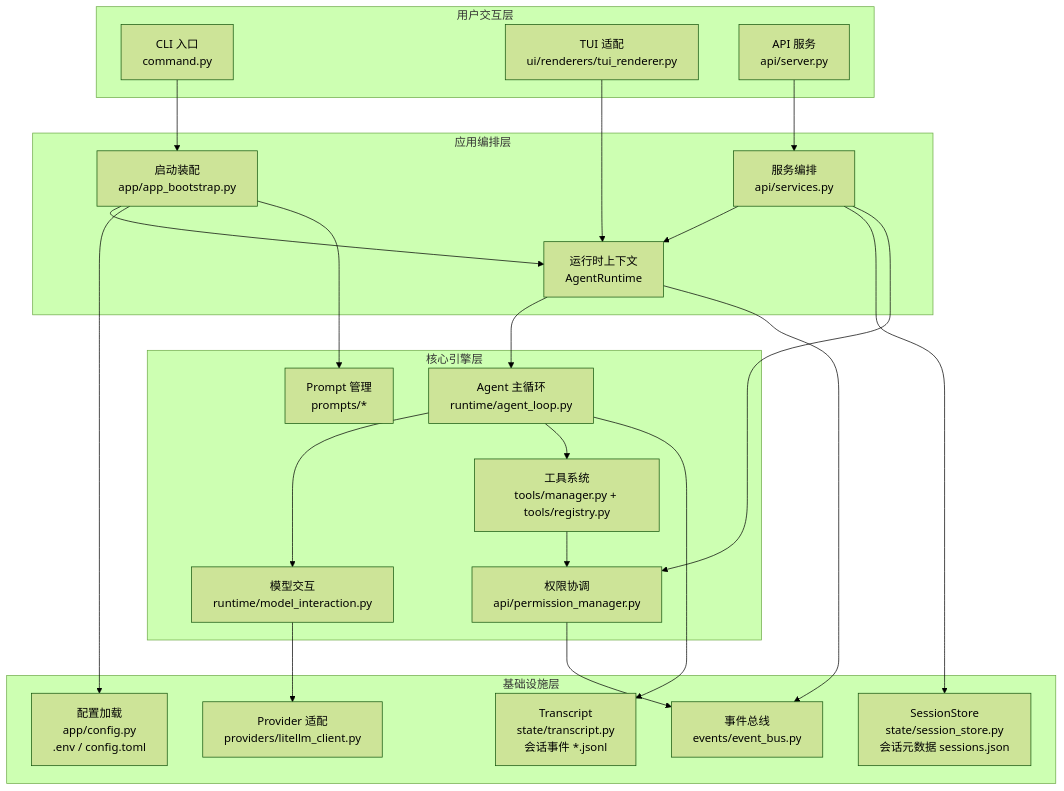
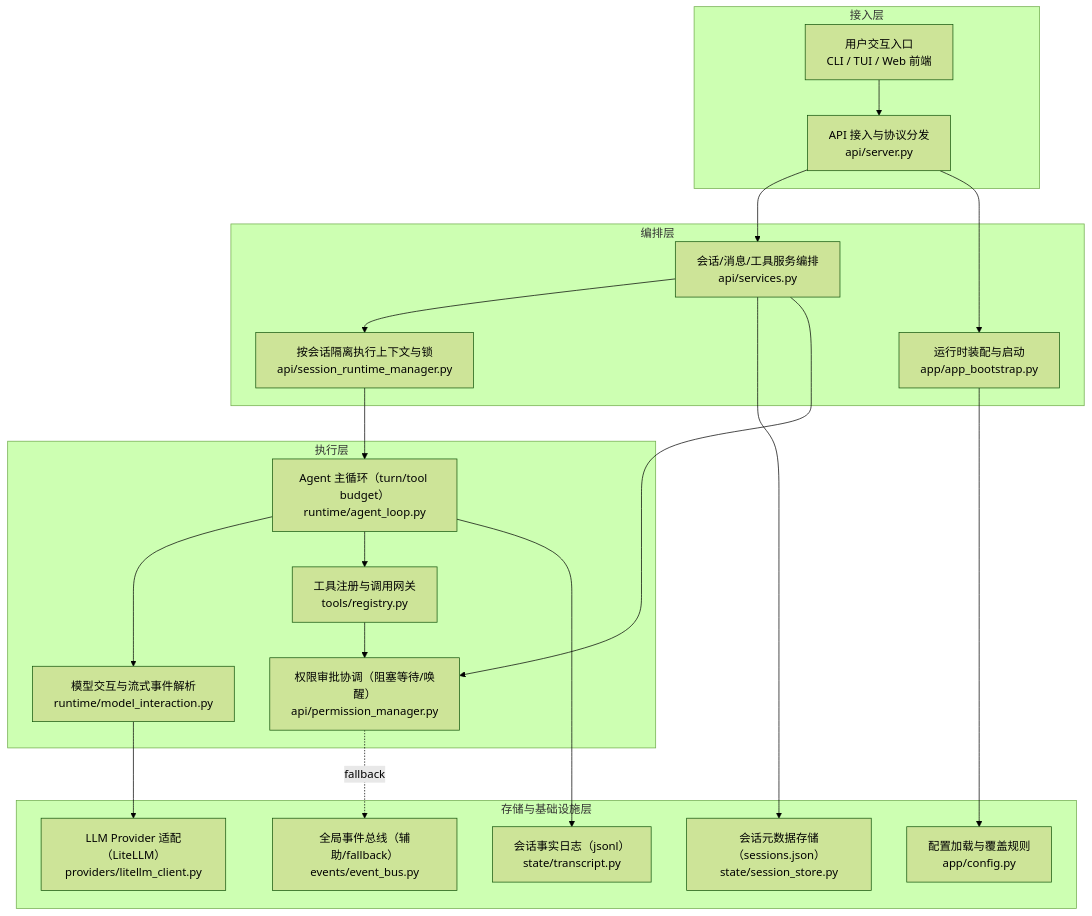
Before and after one commit to GoldenGYQ/ggbot: the first of 6 diagrams in doc/architecture.md, drawn with Mermaid (forest theme). The commit also changed other lines of this file and 1 other file, not shown here.

````diff
--- a/doc/architecture.md
+++ b/doc/architecture.md
@@ -92,52 +93,44 @@
 ```mermaid
 flowchart TB
-    subgraph L1["用户交互层"]
-        CLI["CLI 入口<br/>command.py"]
-        TUI["TUI 适配<br/>ui/renderers/tui_renderer.py"]
-        API["API 服务<br/>api/server.py"]
+    subgraph L1["接入层"]
+        UI["用户交互入口<br/>CLI / TUI / Web 前端"]
+        SERVER["API 接入与协议分发<br/>api/server.py"]
     end
 
-    subgraph L2["应用编排层"]
-        BOOT["启动装配<br/>app/app_bootstrap.py"]
-        SVC["服务编排<br/>api/services.py"]
-        RT["运行时上下文<br/>AgentRuntime"]
+    subgraph L2["编排层"]
+        BOOT["运行时装配与启动<br/>app/app_bootstrap.py"]
+        SVC["会话/消息/工具服务编排<br/>api/services.py"]
+        SRM["按会话隔离执行上下文与锁<br/>api/session_runtime_manager.py"]
     end
 
-    subgraph L3["核心引擎层"]
-        LOOP["Agent 主循环<br/>runtime/agent_loop.py"]
-        MODEL["模型交互<br/>runtime/model_interaction.py"]
-        TOOLS["工具系统<br/>tools/manager.py + tools/registry.py"]
-        PROMPTS["Prompt 管理<br/>prompts/*"]
-        PERM["权限协调<br/>api/permission_manager.py"]
+    subgraph L3["执行层"]
+        LOOP["Agent 主循环（turn/tool budget）<br/>runtime/agent_loop.py"]
+        MODEL["模型交互与流式事件解析<br/>runtime/model_interaction.py"]
+        TOOLS["工具注册与调用网关<br/>tools/registry.py"]
+        PERM["权限审批协调（阻塞等待/唤醒）<br/>api/permission_manager.py"]
     end
 
-    subgraph L4["基础设施层"]
-        PROVIDER["Provider 适配<br/>providers/litellm_client.py"]
-        TRANS["Transcript<br/>state/transcript.py<br/>会话事件 *.jsonl"]
-        SSTORE["SessionStore<br/>state/session_store.py<br/>会话元数据 sessions.json"]
-        BUS["事件总线<br/>events/event_bus.py"]
-        CFG["配置加载<br/>app/config.py<br/>.env / config.toml"]
+    subgraph L4["存储与基础设施层"]
+        PROVIDER["LLM Provider 适配（LiteLLM）<br/>providers/litellm_client.py"]
+        TRANS["会话事实日志（jsonl）<br/>state/transcript.py"]
+        STORE["会话元数据存储（sessions.json）<br/>state/session_store.py"]
+        CFG["配置加载与覆盖规则<br/>app/config.py"]
+        BUS["全局事件总线（辅助/fallback）<br/>events/event_bus.py"]
     end
 
-    CLI --> BOOT
-    TUI --> RT
-    API --> SVC
-
-    BOOT --> RT
+    UI --> SERVER
+    SERVER --> SVC
+    SERVER --> BOOT
     BOOT --> CFG
-    BOOT --> PROMPTS
-
-    SVC --> RT
-    SVC --> SSTORE
+    SVC --> SRM
+    SVC --> STORE
     SVC --> PERM
 
-    RT --> LOOP
+    SRM --> LOOP
     LOOP --> MODEL
     MODEL --> PROVIDER
     LOOP --> TOOLS
     LOOP --> TRANS
-
     TOOLS --> PERM
-    PERM --> BUS
-    RT --> BUS
+    PERM -. fallback .-> BUS
 ```
````
